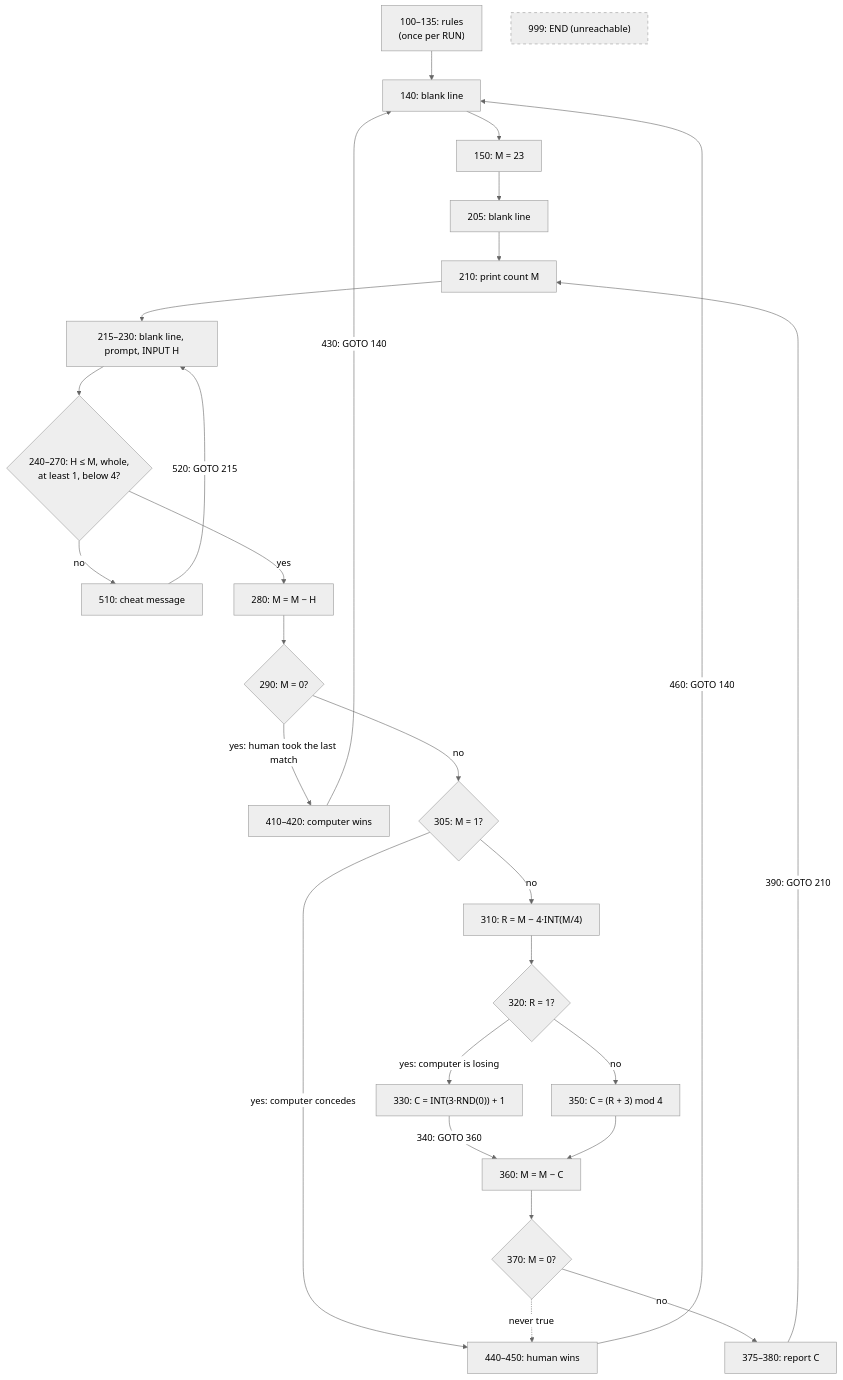
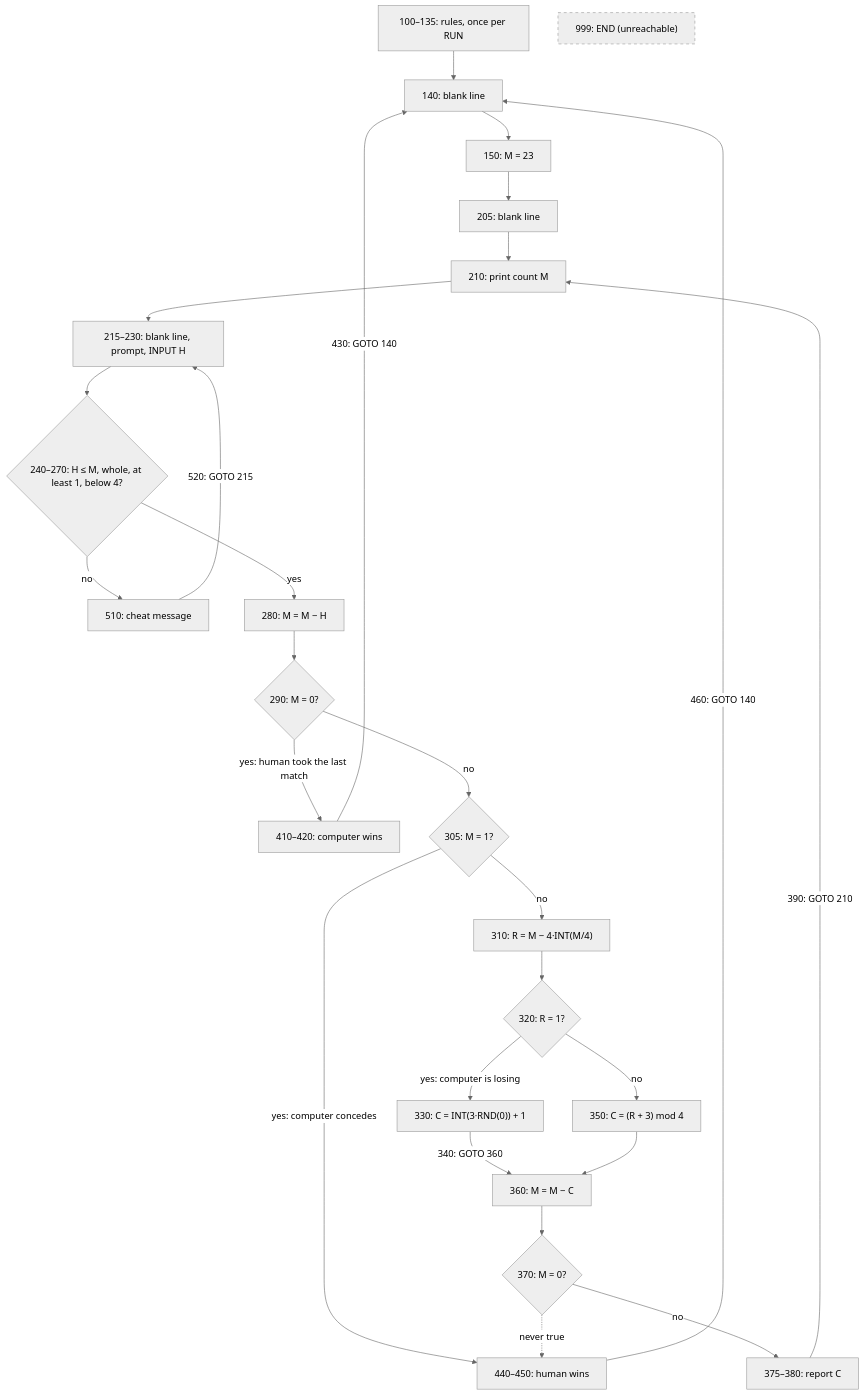
Before and after one commit to agunawijaya/any-key: the first of 2 diagrams in docs/23mtch/ORIGINAL-ARCHITECTURE.md, drawn with Mermaid (neutral theme). The commit also changed other lines of this file and 316 other files, not shown here.

````diff
--- a/docs/23mtch/ORIGINAL-ARCHITECTURE.md
+++ b/docs/23mtch/ORIGINAL-ARCHITECTURE.md
@@ -58,31 +39,31 @@
 ```mermaid
 flowchart TD
-    L100["100–135: rules<br/>(once per RUN)"] --> L140["140: blank line"]
+    L100["100–135: rules, once per RUN"] --> L140["140: blank line"]
     L140 --> L150["150: M = 23"]
     L150 --> L205["205: blank line"]
     L205 --> L210["210: print count M"]
     L210 --> L215["215–230: blank line, prompt, INPUT H"]
-    L215 --> V{"240–270: H ≤ M, whole,<br/>at least 1, below 4?"}
+    L215 --> V{"240–270: H ≤ M, whole, at least 1, below 4?"}
     V -->|"no"| L510["510: cheat message"]
     L510 -->|"520: GOTO 215"| L215
     V -->|"yes"| L280["280: M = M − H"]
     L280 --> Q290{"290: M = 0?"}
     Q290 -->|"yes: human took the last match"| L410["410–420: computer wins"]
     Q290 -->|"no"| Q305{"305: M = 1?"}
     Q305 -->|"yes: computer concedes"| L440["440–450: human wins"]
     Q305 -->|"no"| L310["310: R = M − 4·INT(M/4)"]
     L310 --> Q320{"320: R = 1?"}
     Q320 -->|"yes: computer is losing"| L330["330: C = INT(3·RND(0)) + 1"]
     Q320 -->|"no"| L350["350: C = (R + 3) mod 4"]
     L330 -->|"340: GOTO 360"| L360["360: M = M − C"]
     L350 --> L360
     L360 --> Q370{"370: M = 0?"}
     Q370 -.->|"never true"| L440
     Q370 -->|"no"| L375["375–380: report C"]
     L375 -->|"390: GOTO 210"| L210
     L410 -->|"430: GOTO 140"| L140
     L440 -->|"460: GOTO 140"| L140
     L999["999: END (unreachable)"]
     classDef dead stroke-dasharray: 5 5
     class L999 dead
 ```
````
